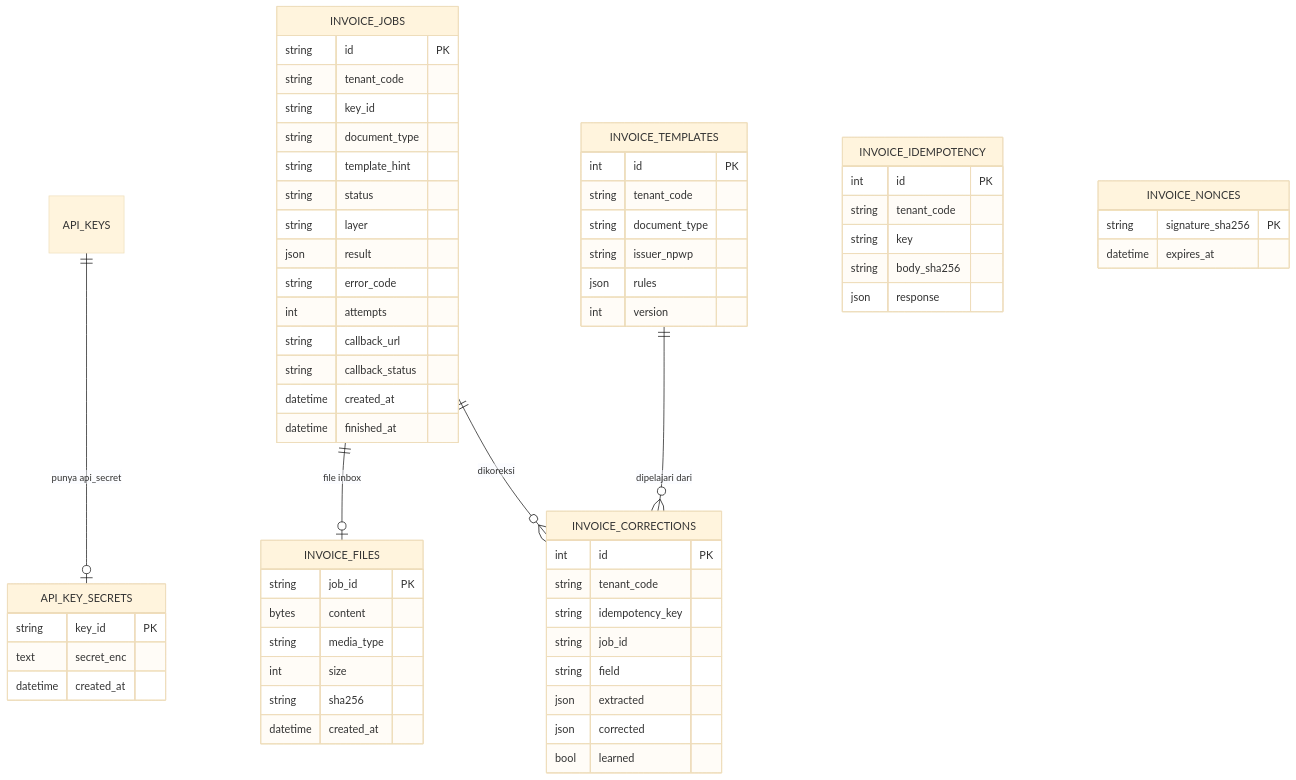
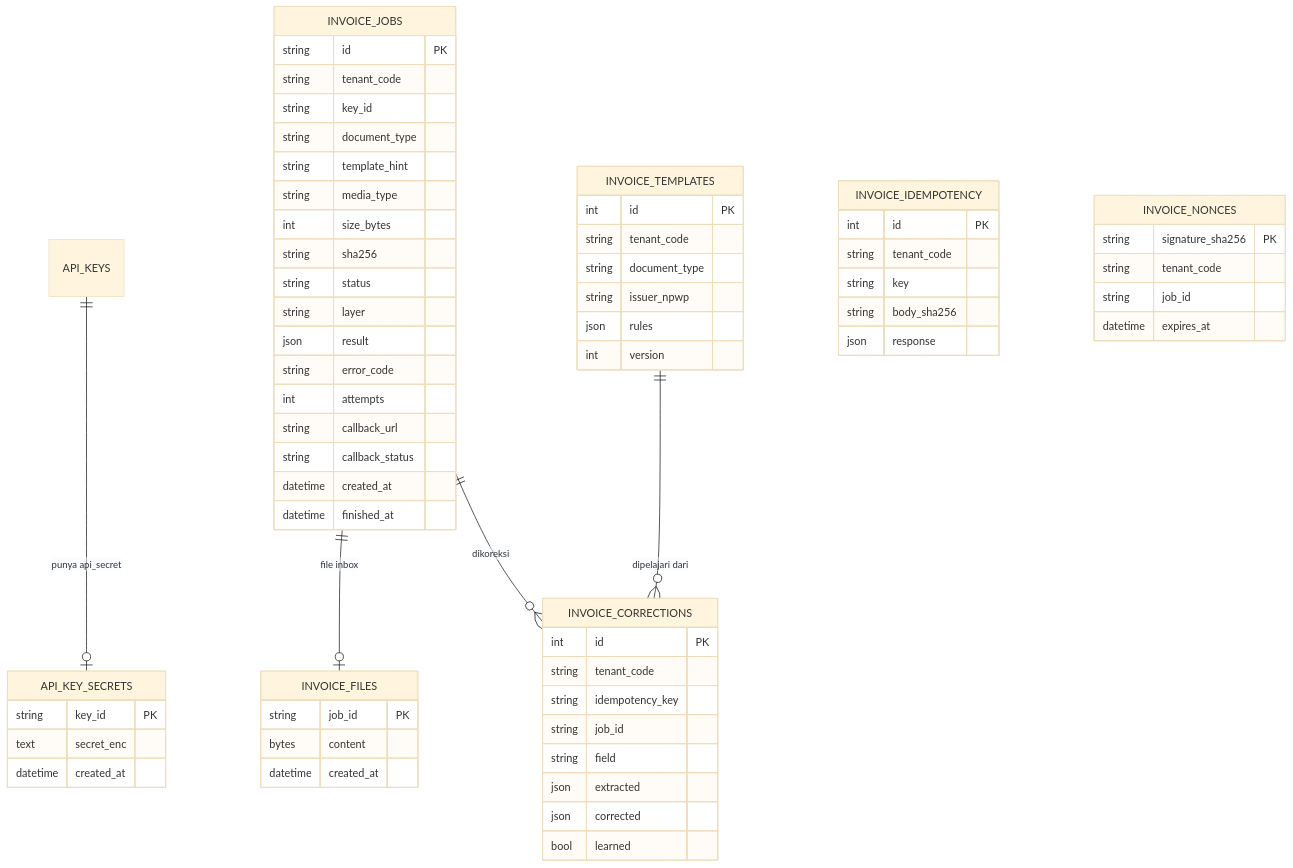
Before and after one commit to anas-fikri/ocr-engine: the first of 2 diagrams in docs/invoice-ocr-design.md, drawn with Mermaid (base theme). The commit also changed other lines of this file and 9 other files, not shown here.

````diff
--- a/docs/invoice-ocr-design.md
+++ b/docs/invoice-ocr-design.md
@@ -47,30 +47,33 @@
 ```mermaid
 erDiagram
     API_KEYS ||--o| API_KEY_SECRETS : "punya api_secret"
     INVOICE_JOBS ||--o| INVOICE_FILES : "file inbox"
     INVOICE_TEMPLATES ||--o{ INVOICE_CORRECTIONS : "dipelajari dari"
     INVOICE_JOBS ||--o{ INVOICE_CORRECTIONS : "dikoreksi"
 
     API_KEY_SECRETS { string key_id PK  text secret_enc  datetime created_at }
     INVOICE_JOBS {
         string id PK
         string tenant_code
         string key_id
         string document_type
         string template_hint
+        string media_type
+        int size_bytes
+        string sha256
         string status
         string layer
         json result
         string error_code
         int attempts
         string callback_url
         string callback_status
         datetime created_at
         datetime finished_at
     }
-    INVOICE_FILES { string job_id PK  bytes content  string media_type  int size  string sha256  datetime created_at }
+    INVOICE_FILES { string job_id PK  bytes content  datetime created_at }
     INVOICE_TEMPLATES { int id PK  string tenant_code  string document_type  string issuer_npwp  json rules  int version }
     INVOICE_CORRECTIONS { int id PK  string tenant_code  string idempotency_key  string job_id  string field  json extracted  json corrected  bool learned }
     INVOICE_IDEMPOTENCY { int id PK  string tenant_code  string key  string body_sha256  json response }
-    INVOICE_NONCES { string signature_sha256 PK  datetime expires_at }
+    INVOICE_NONCES { string signature_sha256 PK  string tenant_code  string job_id  datetime expires_at }
 ```
````
